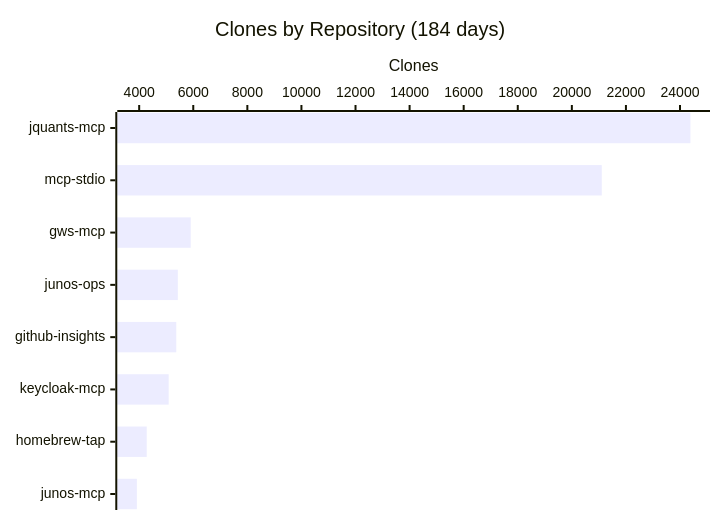
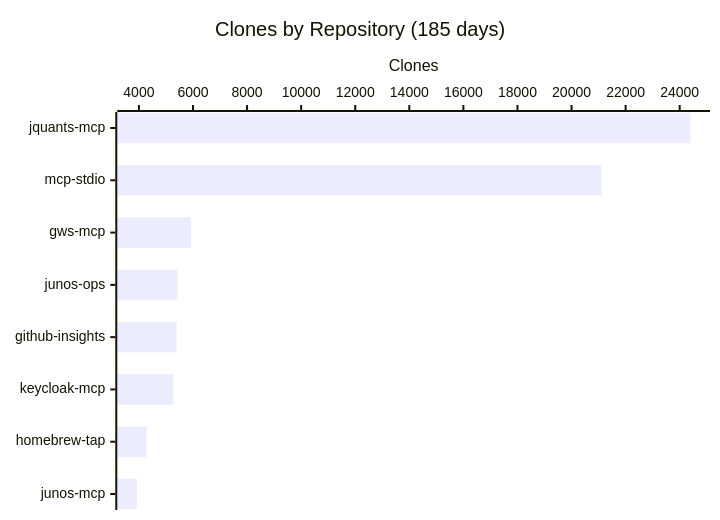
One commit to shigechika/github-insights changed the fourth of 4 diagrams in README.md. Above: the diagram before and after it, drawn with Mermaid. The commit also changed other lines of this file and 2 other files, not shown here.

````diff
--- a/README.md
+++ b/README.md
@@ -58,7 +58,7 @@
 ```mermaid
 xychart-beta horizontal
-    title "Clones by Repository (184 days)"
+    title "Clones by Repository (185 days)"
     x-axis ["jquants-mcp", "mcp-stdio", "gws-mcp", "junos-ops", "github-insights", "keycloak-mcp", "homebrew-tap", "junos-mcp"]
     y-axis "Clones"
-    bar [24385, 21106, 5906, 5429, 5372, 5091, 4279, 3914]
+    bar [24397, 21117, 5929, 5430, 5395, 5278, 4283, 3924]
 ```
````
